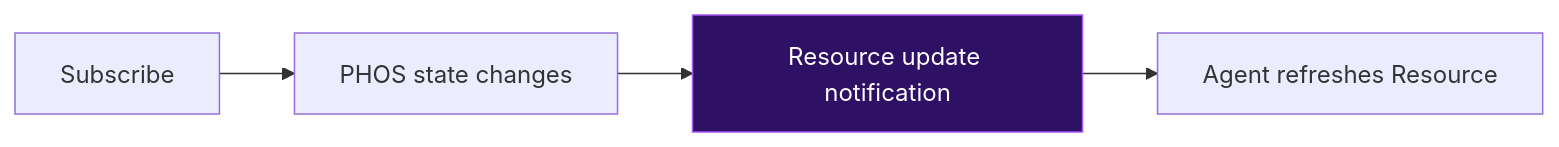
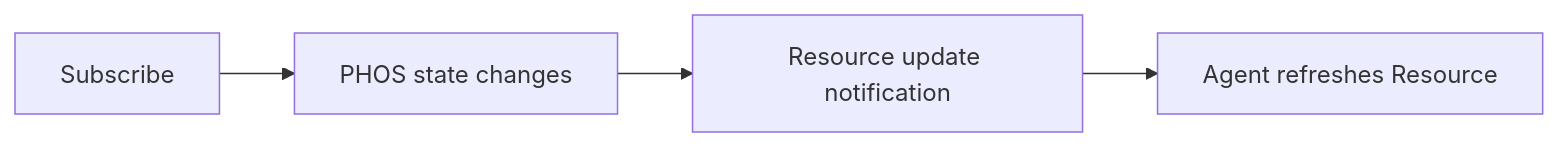
Before and after one commit to phosairobot/phos: the third of 5 diagrams in docs/mcp-overview.md, drawn with Mermaid. The commit also changed other lines of this file and 64 other files, not shown here.

````diff
--- a/docs/mcp-overview.md
+++ b/docs/mcp-overview.md
@@ -98,7 +115,6 @@
 ```mermaid
 flowchart LR
   subscribe[Subscribe] --> change[PHOS state changes]
   change --> cue[Resource update notification]
   cue --> refresh[Agent refreshes Resource]
-  style cue fill:#2e1065,stroke:#a855f7,color:#fff
 ```
````
